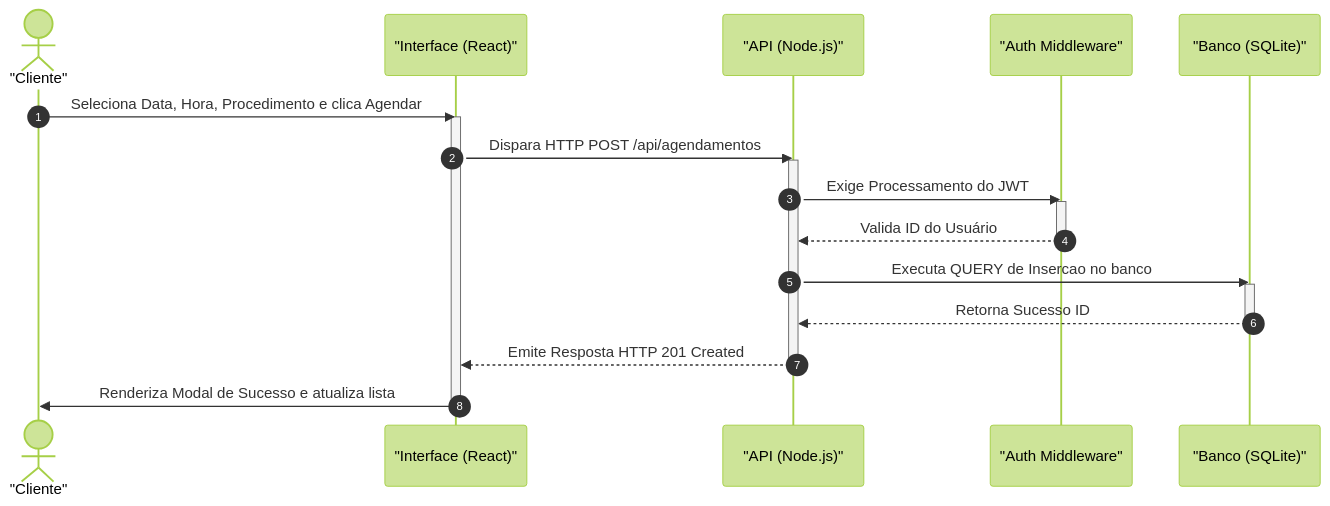
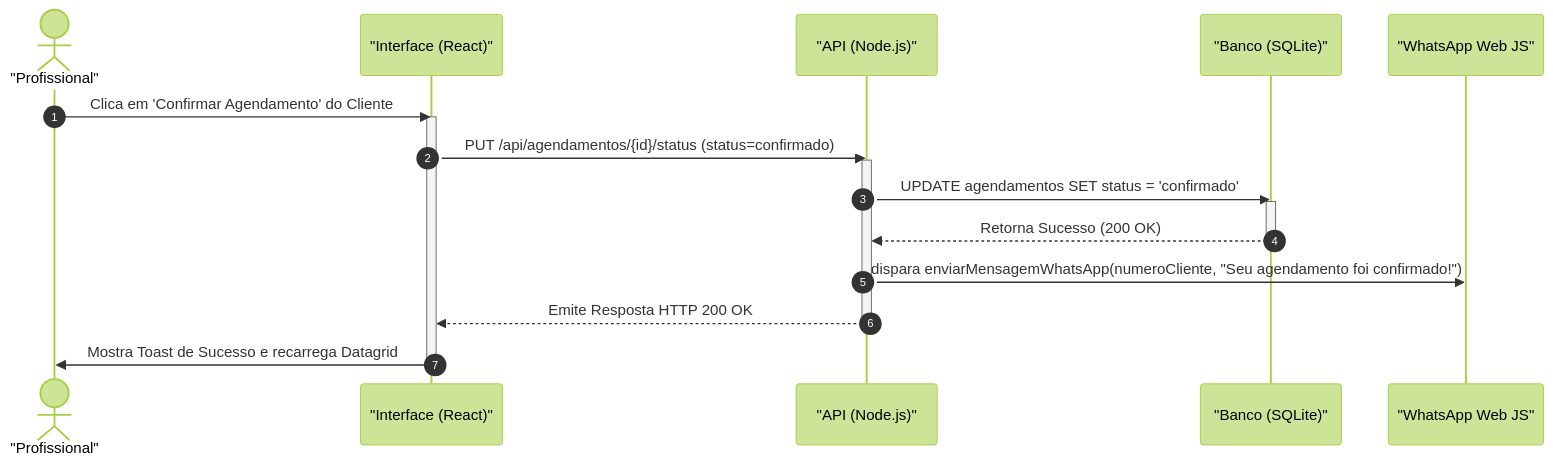
One commit to yasper05/seven-clinic changed the second of 3 diagrams in seven-clinic/DOCUMENTACAO_TCC.md. Above: the diagram before and after it, drawn with Mermaid (forest theme). The commit also changed other lines of this file and 6 other files, not shown here.

````diff
--- a/seven-clinic/DOCUMENTACAO_TCC.md
+++ b/seven-clinic/DOCUMENTACAO_TCC.md
@@ -172,26 +152,23 @@
 ```mermaid
 sequenceDiagram
     autonumber
-    actor ClienteFisico as "Cliente"
+    actor Prof as "Profissional"
     participant ReactUI as "Interface (React)"
-    participant Roteador as "API (Node.js)"
-    participant Middle as "Auth Middleware"
+    participant API as "API (Node.js)"
     participant DB as "Banco (SQLite)"
+    participant Zap as "WhatsApp Web JS"
 
-    ClienteFisico->>ReactUI: Seleciona Data, Hora, Procedimento e clica Agendar
+    Prof->>ReactUI: Clica em 'Confirmar Agendamento' do Cliente
     activate ReactUI
-    ReactUI->>Roteador: Dispara HTTP POST /api/agendamentos
-    activate Roteador
-    Roteador->>Middle: Exige Processamento do JWT
-    activate Middle
-    Middle-->>Roteador: Valida ID do Usuário
-    deactivate Middle
-    Roteador->>DB: Executa QUERY de Insercao no banco
+    ReactUI->>API: PUT /api/agendamentos/{id}/status (status=confirmado)
+    activate API
+    API->>DB: UPDATE agendamentos SET status = 'confirmado'
     activate DB
-    DB-->>Roteador: Retorna Sucesso ID
+    DB-->>API: Retorna Sucesso (200 OK)
     deactivate DB
-    Roteador-->>ReactUI: Emite Resposta HTTP 201 Created
-    deactivate Roteador
-    ReactUI->>ClienteFisico: Renderiza Modal de Sucesso e atualiza lista
+    API->>Zap: dispara enviarMensagemWhatsApp(numeroCliente, "Seu agendamento foi confirmado!")
+    API-->>ReactUI: Emite Resposta HTTP 200 OK
+    deactivate API
+    ReactUI->>Prof: Mostra Toast de Sucesso e recarrega Datagrid
     deactivate ReactUI
 ```
````
